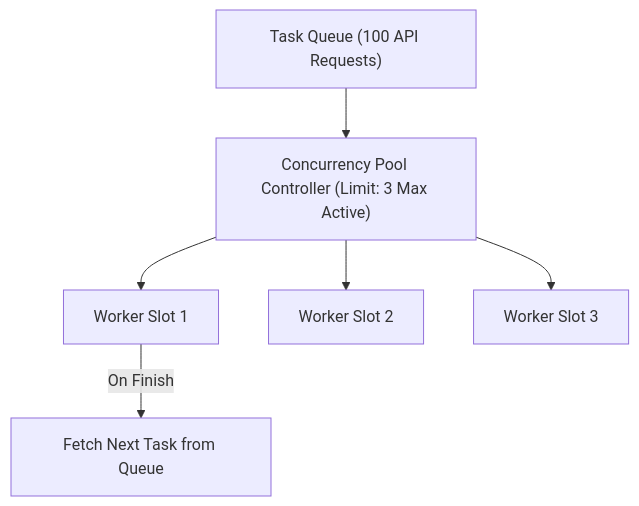
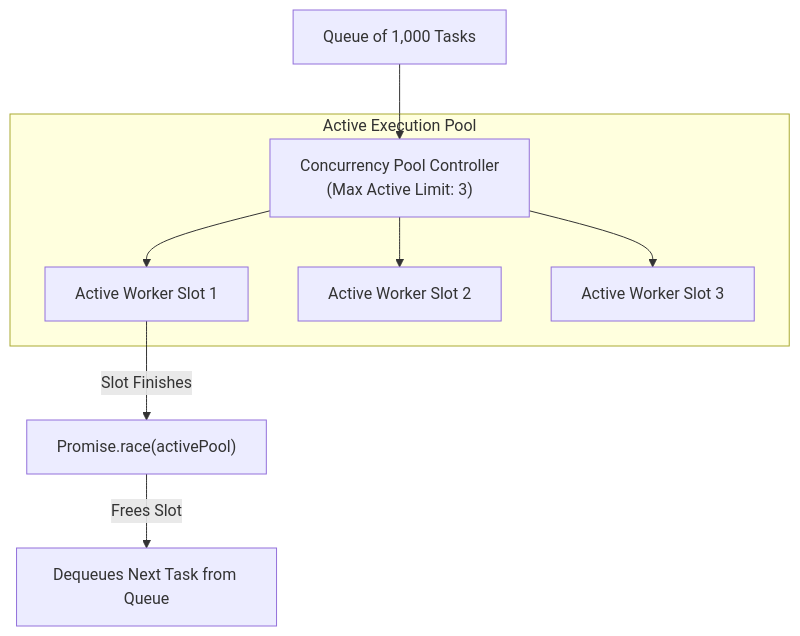
The first of 2 diagrams in js-patterns/27-promise-patterns.md (Amie-dev/engineering-playbook), drawn with Mermaid before and after one commit. The commit also changed other lines of this file and 39 other files, not shown here.

````diff
--- a/js-patterns/27-promise-patterns.md
+++ b/js-patterns/27-promise-patterns.md
@@ -10,9 +15,13 @@
 ```mermaid
 flowchart TD
-    Tasks["Task Queue (100 API Requests)"] --> Pool["Concurrency Pool Controller (Limit: 3 Max Active)"]
-    Pool --> Worker1[Worker Slot 1]
-    Pool --> Worker2[Worker Slot 2]
-    Pool --> Worker3[Worker Slot 3]
+    Tasks["Queue of 1,000 Tasks"] --> PoolController["Concurrency Pool Controller<br/>(Max Active Limit: 3)"]
 
-    Worker1 -->|On Finish| FetchNext[Fetch Next Task from Queue]
+    subgraph Active Execution Pool
+        PoolController --> Slot1["Active Worker Slot 1"]
+        PoolController --> Slot2["Active Worker Slot 2"]
+        PoolController --> Slot3["Active Worker Slot 3"]
+    end
+
+    Slot1 -->|Slot Finishes| RaceCheck["Promise.race(activePool)"]
+    RaceCheck -->|Frees Slot| FetchNext["Dequeues Next Task from Queue"]
 ```
````
